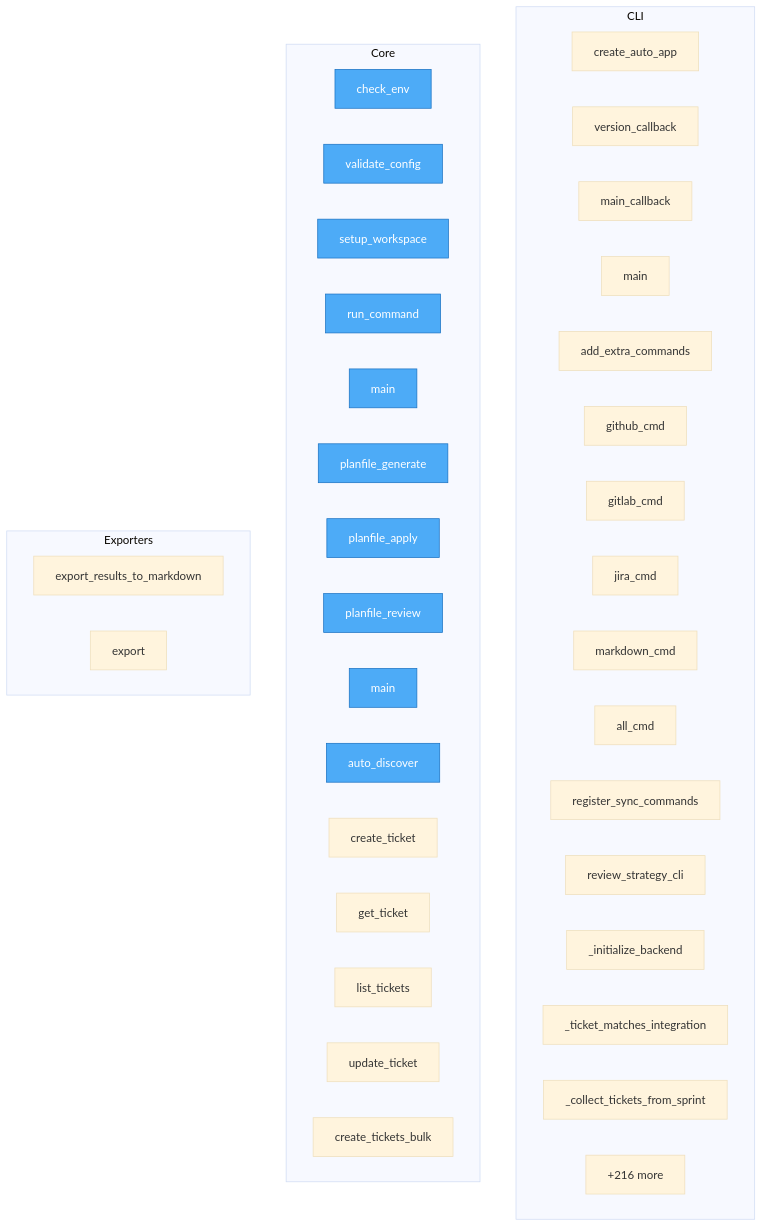
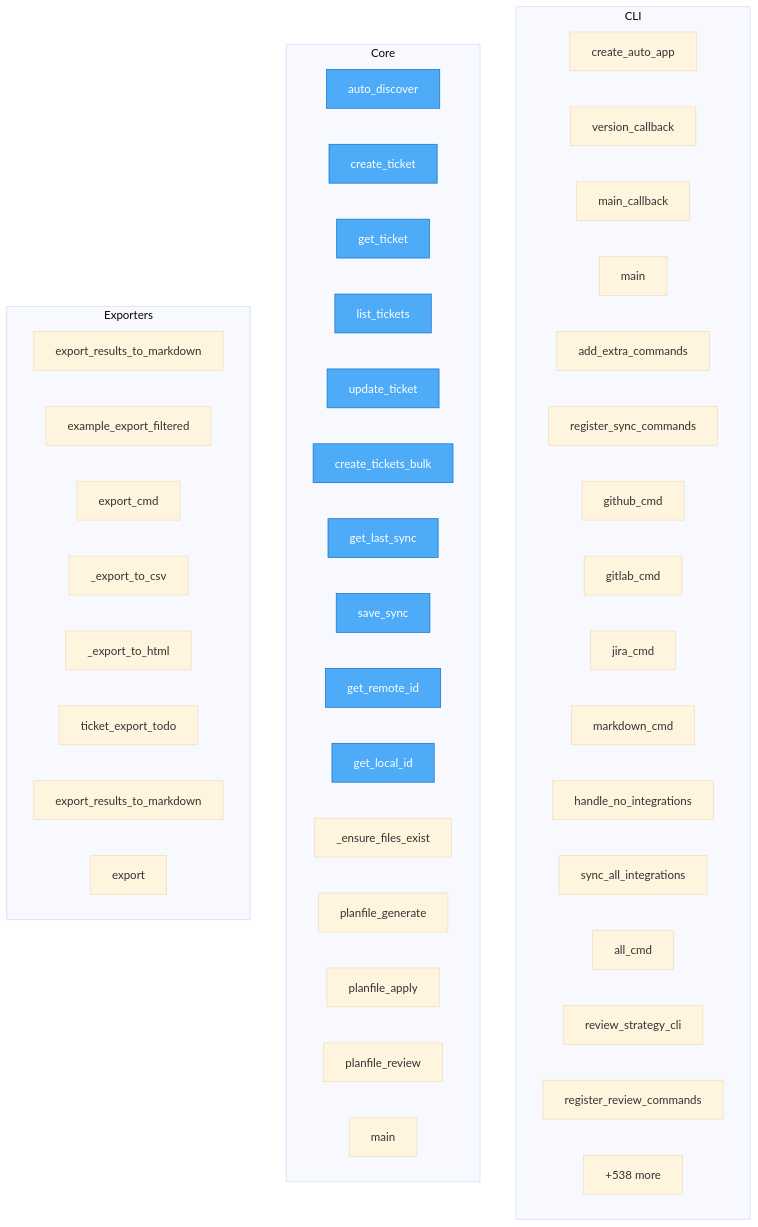
Before and after one commit to semcod/planfile: the diagram in project/flow.mmd, drawn with Mermaid (base theme). The commit also changed 56 other files, not shown here.

```diff
--- a/project/flow.mmd
+++ b/project/flow.mmd
@@ -1,49 +1,55 @@
 flowchart TD
 
     %% Entry points (blue)
     classDef entry fill:#4dabf7,stroke:#1971c2,color:#fff
 
     subgraph CLI
         planfile__cli__auto_loop__create_auto_app["create_auto_app"]
         planfile__cli__commands__version_callback["version_callback"]
         planfile__cli__commands__main_callback["main_callback"]
         planfile__cli__commands__main["main"]
         planfile__cli__extra_commands__add_extra_commands["add_extra_commands"]
+        planfile__cli__groups__sync__register_sync_commands["register_sync_commands"]
         planfile__cli__groups__sync__commands__github_cmd["github_cmd"]
         planfile__cli__groups__sync__commands__gitlab_cmd["gitlab_cmd"]
         planfile__cli__groups__sync__commands__jira_cmd["jira_cmd"]
         planfile__cli__groups__sync__commands__markdown_cmd["markdown_cmd"]
+        planfile__cli__groups__sync__commands__handle_no_integrations["handle_no_integrations"]
+        planfile__cli__groups__sync__commands__sync_all_integrations["sync_all_integrations"]
         planfile__cli__groups__sync__commands__all_cmd["all_cmd"]
-        planfile__cli__groups__sync__register_sync_commands["register_sync_commands"]
         planfile__cli__groups__review__commands__review_strategy_cli["review_strategy_cli"]
-        planfile__cli__groups__sync__core___initialize_backend["_initialize_backend"]
-        planfile__cli__groups__sync__core___ticket_matches_integration["_ticket_matches_integration"]
-        planfile__cli__groups__sync__core___collect_tickets_from_sprint["_collect_tickets_from_sprint"]
-        ...["+127 more"]
+        planfile__cli__groups__review__register_review_commands["register_review_commands"]
+        ...["+131 more"]
     end
 
     subgraph Core
-        docker_entrypoint__check_env["check_env"]
-        docker_entrypoint__validate_config["validate_config"]
-        docker_entrypoint__setup_workspace["setup_workspace"]
-        docker_entrypoint__run_command["run_command"]
-        docker_entrypoint__main["main"]
-        mcp_server_example__planfile_generate["planfile_generate"]
-        mcp_server_example__planfile_apply["planfile_apply"]
-        mcp_server_example__planfile_review["planfile_review"]
-        mcp_server_example__main["main"]
         planfile__Planfile__auto_discover["auto_discover"]
         planfile__Planfile__create_ticket["create_ticket"]
         planfile__Planfile__get_ticket["get_ticket"]
         planfile__Planfile__list_tickets["list_tickets"]
         planfile__Planfile__update_ticket["update_ticket"]
         planfile__Planfile__create_tickets_bulk["create_tickets_bulk"]
-        ...["+216 more"]
+        planfile__sync__state__SyncState__get_last_sync["get_last_sync"]
+        planfile__sync__state__SyncState__save_sync["save_sync"]
+        planfile__sync__state__SyncState__get_remote_id["get_remote_id"]
+        planfile__sync__state__SyncState__get_local_id["get_local_id"]
+        planfile__sync__markdown_backend__files__MarkdownFileManager___ensure_files_exist["_ensure_files_exist"]
+        mcp_server_example__planfile_generate["planfile_generate"]
+        mcp_server_example__planfile_apply["planfile_apply"]
+        mcp_server_example__planfile_review["planfile_review"]
+        mcp_server_example__main["main"]
+        ...["+538 more"]
     end
 
     subgraph Exporters
         planfile__loaders__cli_loader__export_results_to_markdown["export_results_to_markdown"]
+        project__map__toon__example_export_filtered["example_export_filtered"]
+        project__map__toon__export_cmd["export_cmd"]
+        project__map__toon___export_to_csv["_export_to_csv"]
+        project__map__toon___export_to_html["_export_to_html"]
+        project__map__toon__ticket_export_todo["ticket_export_todo"]
+        project__map__toon__export_results_to_markdown["export_results_to_markdown"]
         planfile__core__models__strategy__Strategy__export["export"]
     end
 
-    class docker_entrypoint__check_env,docker_entrypoint__validate_config,docker_entrypoint__setup_workspace,docker_entrypoint__run_command,docker_entrypoint__main,mcp_server_example__planfile_generate,mcp_server_example__planfile_apply,mcp_server_example__planfile_review,mcp_server_example__main,planfile__Planfile__auto_discover entry
+    class planfile__Planfile__auto_discover,planfile__Planfile__create_ticket,planfile__Planfile__get_ticket,planfile__Planfile__list_tickets,planfile__Planfile__update_ticket,planfile__Planfile__create_tickets_bulk,planfile__sync__state__SyncState__get_last_sync,planfile__sync__state__SyncState__save_sync,planfile__sync__state__SyncState__get_remote_id,planfile__sync__state__SyncState__get_local_id entry
```
